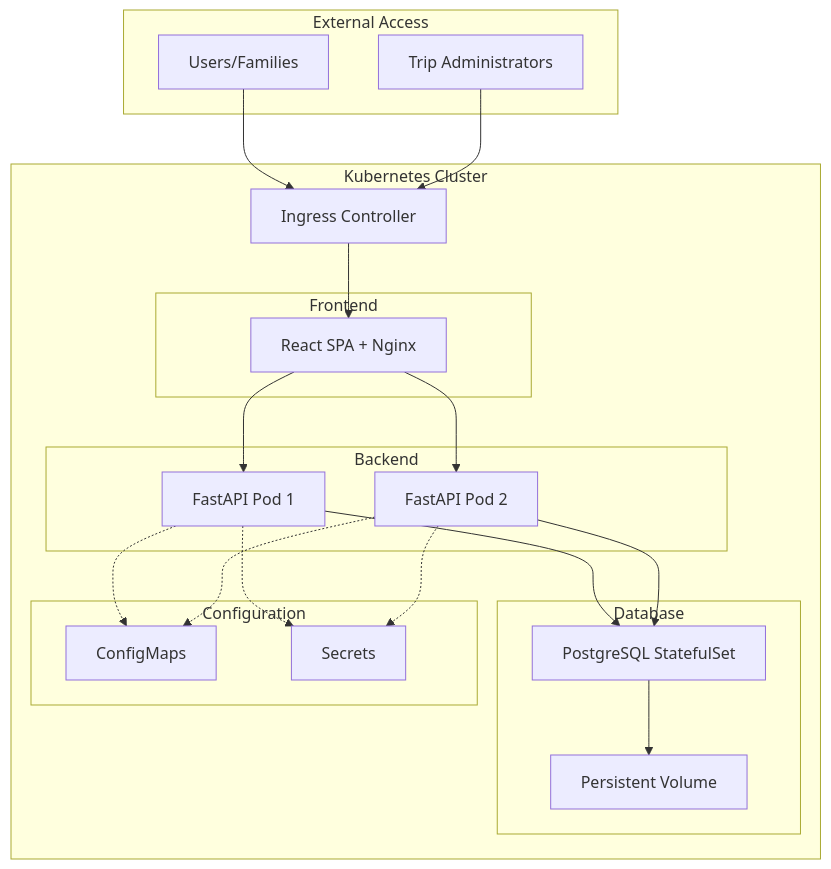
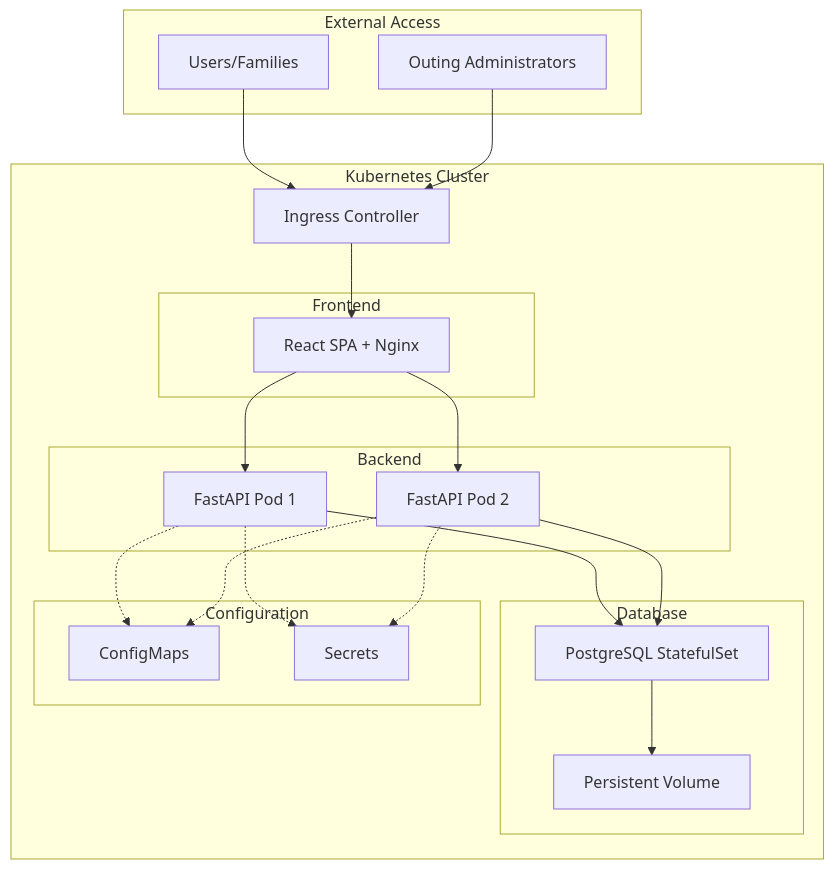
The first of 2 diagrams in ARCHITECTURE.md (jadamsowers/trailhead), drawn with Mermaid before and after one commit. The commit also changed other lines of this file and 81 other files, not shown here.

Commit message:
ill-advised renaming: 'trip'->'outing' 'parent'->'adult'

````diff
--- a/ARCHITECTURE.md
+++ b/ARCHITECTURE.md
@@ -8,43 +8,43 @@
 ```mermaid
 graph TB
     subgraph "External Access"
         User[Users/Families]
-        Admin[Trip Administrators]
+        Admin[Outing Administrators]
     end
     
     subgraph "Kubernetes Cluster"
         Ingress[Ingress Controller]
         
         subgraph "Frontend"
             FrontendPod[React SPA + Nginx]
         end
         
         subgraph "Backend"
             BackendPod1[FastAPI Pod 1]
             BackendPod2[FastAPI Pod 2]
         end
         
         subgraph "Database"
             PostgreSQL[PostgreSQL StatefulSet]
             PV[Persistent Volume]
         end
         
         subgraph "Configuration"
             ConfigMap[ConfigMaps]
             Secrets[Secrets]
         end
     end
     
     User --> Ingress
     Admin --> Ingress
     Ingress --> FrontendPod
     FrontendPod --> BackendPod1
     FrontendPod --> BackendPod2
     BackendPod1 --> PostgreSQL
     BackendPod2 --> PostgreSQL
     PostgreSQL --> PV
     BackendPod1 -.-> ConfigMap
     BackendPod1 -.-> Secrets
     BackendPod2 -.-> ConfigMap
     BackendPod2 -.-> Secrets
 ```
````
